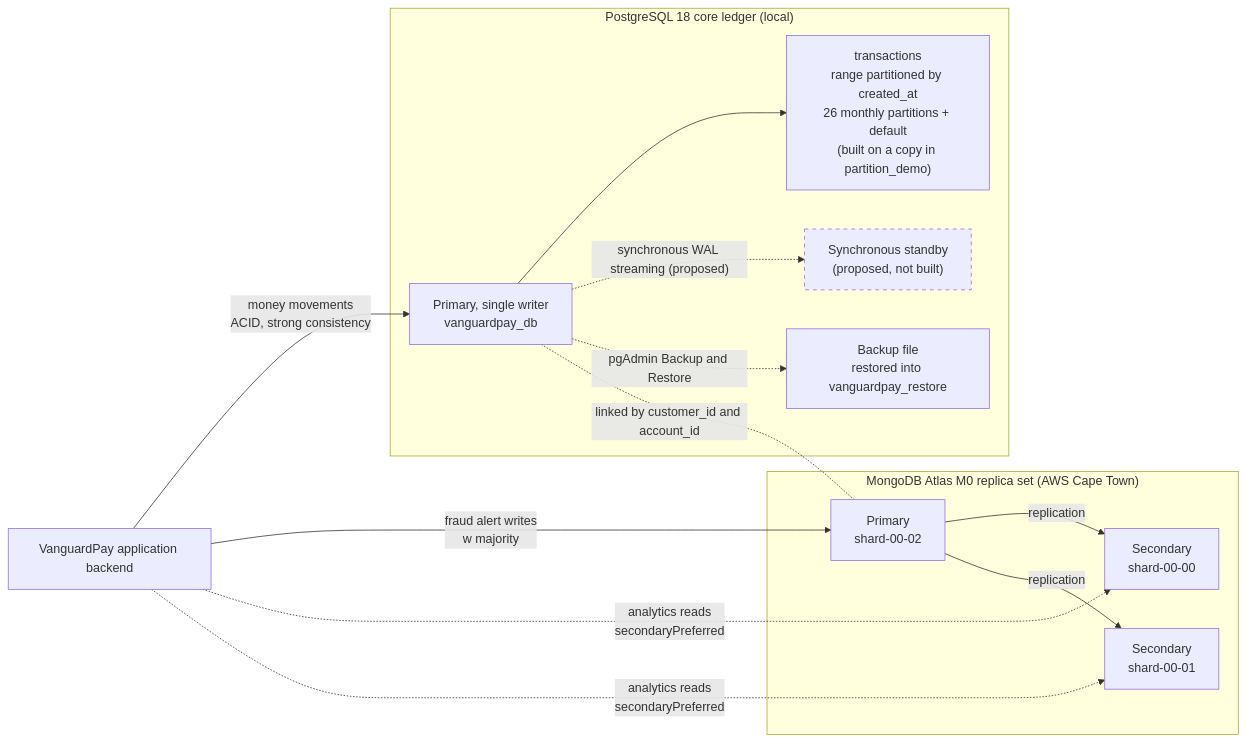
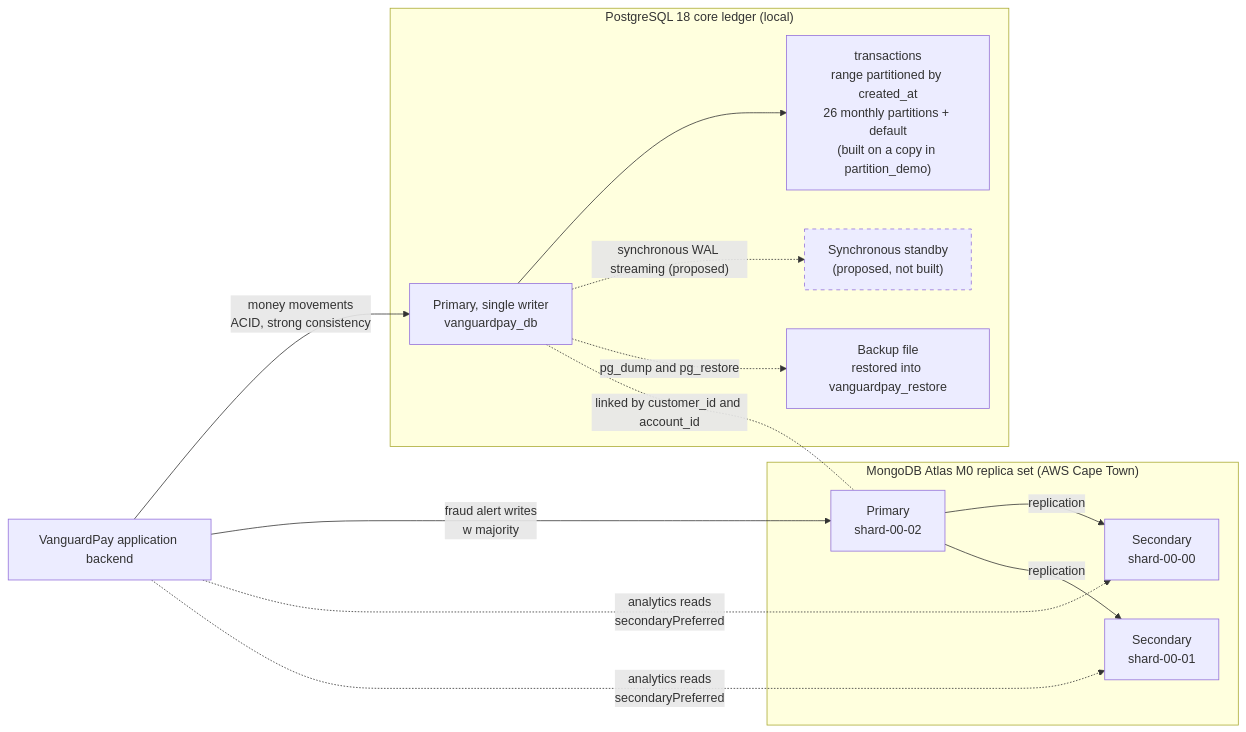
The diagram in portfolio-5-distributed-cloud/README.md (ifiplease/advanced-database-portfolio), drawn with Mermaid before and after one commit. The commit also changed other lines of this file, not shown here.

Commit message:
Add Portfolio 5 distributed architecture, partitioning, and replica set documentat

````diff
--- a/portfolio-5-distributed-cloud/README.md
+++ b/portfolio-5-distributed-cloud/README.md
@@ -34,30 +20,30 @@
 ```mermaid
 flowchart LR
     app["VanguardPay application backend"]
 
     subgraph pg["PostgreSQL 18 core ledger (local)"]
         pgp["Primary, single writer<br/>vanguardpay_db"]
         part["transactions<br/>range partitioned by created_at<br/>26 monthly partitions + default<br/>(built on a copy in partition_demo)"]
         pgs["Synchronous standby<br/>(proposed, not built)"]
         bkp["Backup file<br/>restored into vanguardpay_restore"]
         pgp --> part
         pgp -. "synchronous WAL streaming (proposed)" .-> pgs
-        pgp -. "pgAdmin Backup and Restore" .-> bkp
+        pgp -. "pg_dump and pg_restore" .-> bkp
     end
 
     subgraph mongo["MongoDB Atlas M0 replica set (AWS Cape Town)"]
         mp["Primary<br/>shard-00-02"]
         ms1["Secondary<br/>shard-00-00"]
         ms2["Secondary<br/>shard-00-01"]
         mp -- "replication" --> ms1
         mp -- "replication" --> ms2
     end
 
     app -- "money movements<br/>ACID, strong consistency" --> pgp
     app -- "fraud alert writes<br/>w majority" --> mp
     app -. "analytics reads<br/>secondaryPreferred" .-> ms1
     app -. "analytics reads<br/>secondaryPreferred" .-> ms2
     pgp -. "linked by customer_id and account_id" .- mp
 
     style pgs stroke-dasharray: 5 5
 ```
````
